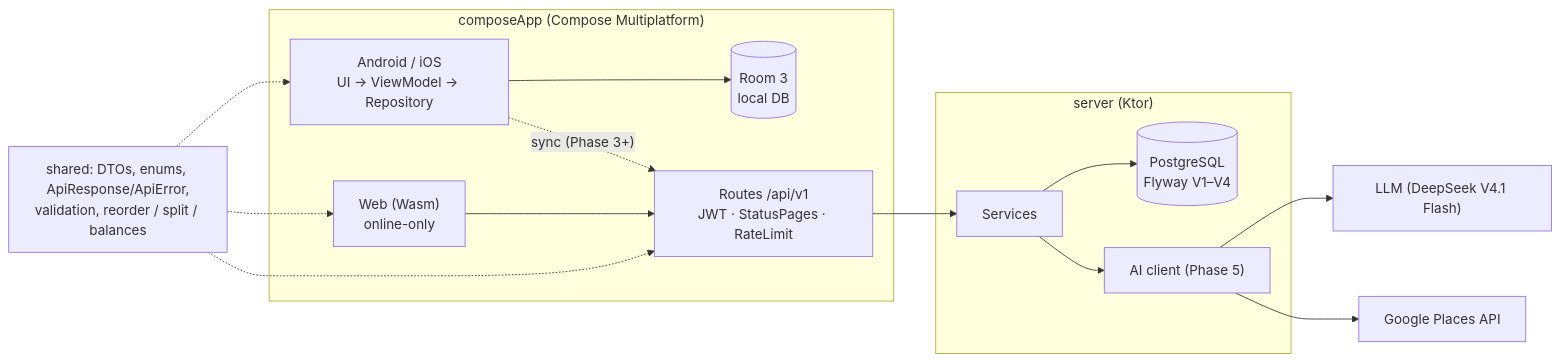
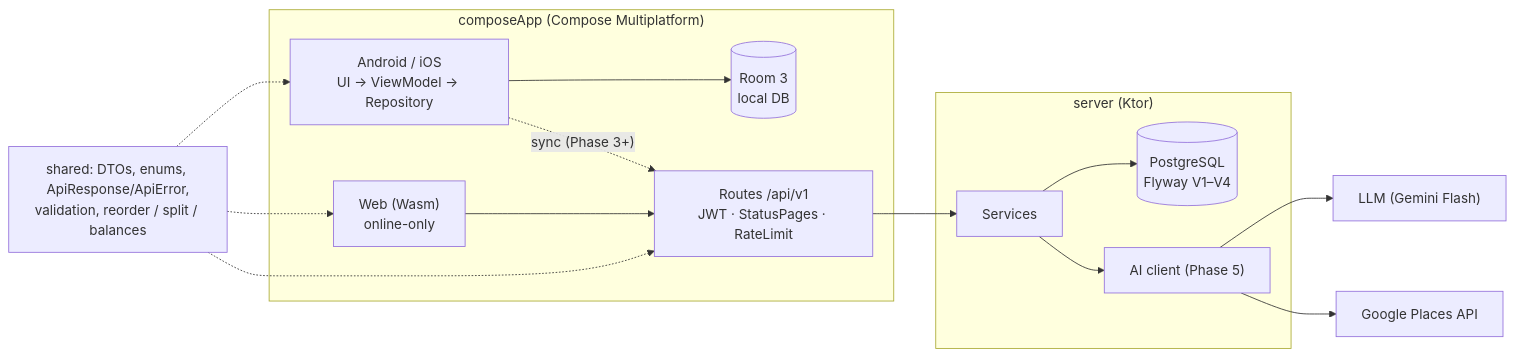
The diagram in docs/TRD.md (septianen/ransel-app), drawn with Mermaid before and after one commit. The commit also changed other lines of this file and 11 other files, not shown here.

First line of the commit message:
feat(server): Gemini as the Explore LLM (replaces DeepSeek); model id via LLM_MODEL

````diff
--- a/docs/TRD.md
+++ b/docs/TRD.md
@@ -21,17 +21,17 @@
 ```mermaid
 flowchart LR
   subgraph Client["composeApp (Compose Multiplatform)"]
     A["Android / iOS<br/>UI → ViewModel → Repository"] --> R[("Room 3<br/>local DB")]
     A -. "sync (Phase 3+)" .-> API
     W["Web (Wasm)<br/>online-only"] --> API
   end
   subgraph Server["server (Ktor)"]
     API["Routes /api/v1<br/>JWT · StatusPages · RateLimit"] --> S[Services] --> PG[("PostgreSQL<br/>Flyway V1–V4")]
     S --> AI["AI client (Phase 5)"]
   end
-  AI --> LLM["LLM (DeepSeek V4.1 Flash)"]
+  AI --> LLM["LLM (Gemini Flash)"]
   AI --> PL["Google Places API"]
   SH["shared: DTOs, enums, ApiResponse/ApiError,<br/>validation, reorder / split / balances"] -.-> A
   SH -.-> W
   SH -.-> API
 ```
````
